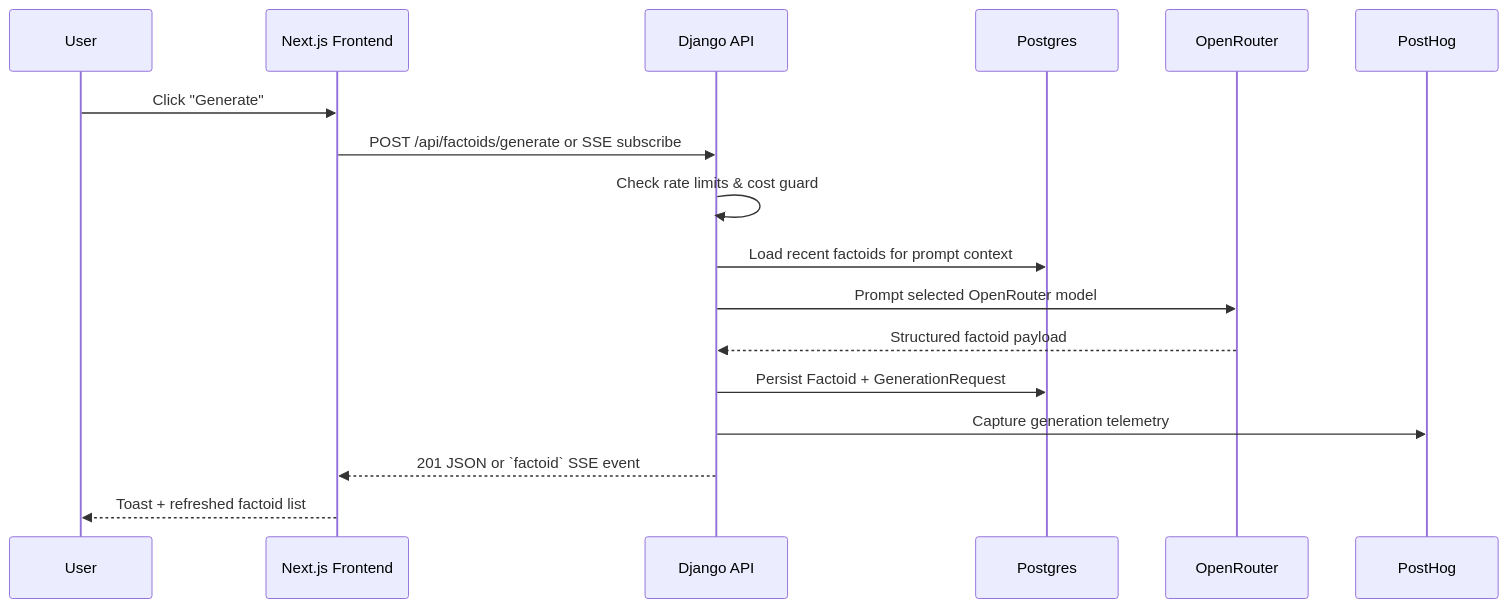
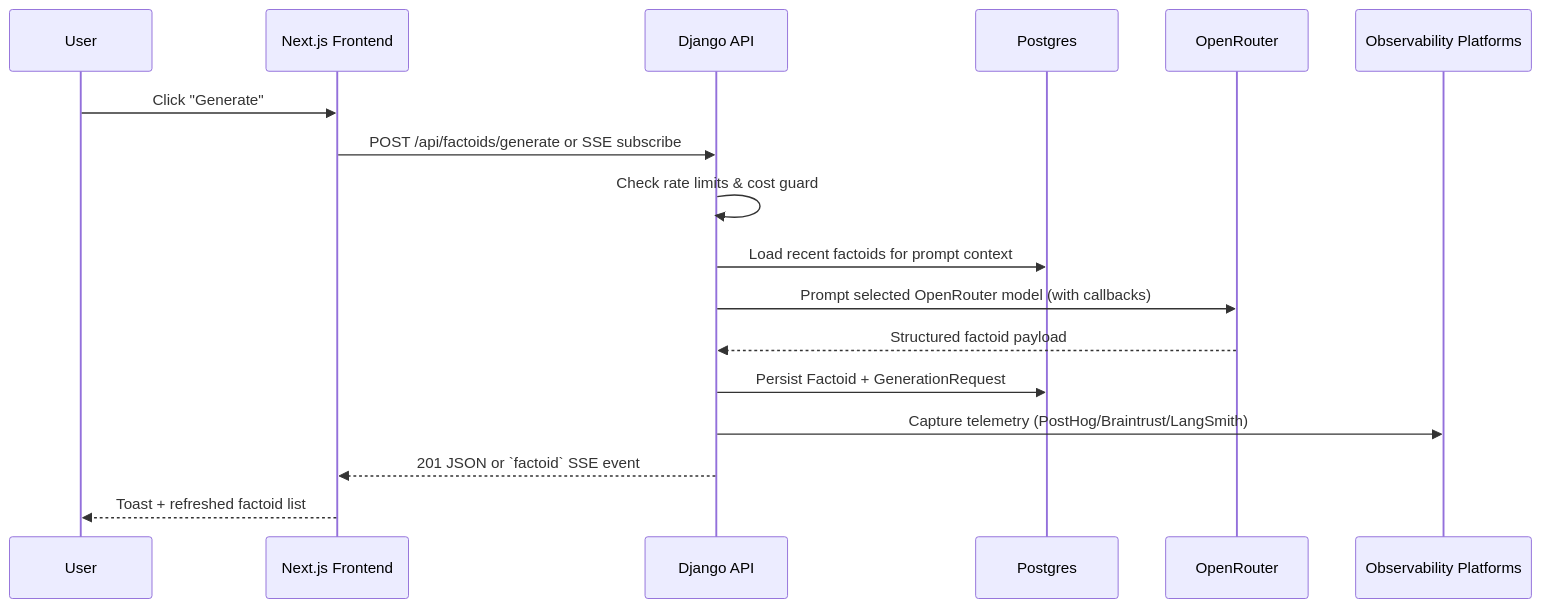
Before and after one commit to andrewm4894/andys-daily-factoids: the second of 2 diagrams in ARCHITECTURE.md, drawn with Mermaid. The commit also changed other lines of this file and 2 other files, not shown here.

````diff
--- a/ARCHITECTURE.md
+++ b/ARCHITECTURE.md
@@ -130,20 +144,20 @@
 ```mermaid
 sequenceDiagram
     participant User
     participant UI as Next.js Frontend
     participant API as Django API
     participant DB as Postgres
     participant OR as OpenRouter
-    participant PH as PostHog
+    participant OBS as Observability Platforms
 
     User->>UI: Click "Generate"
     UI->>API: POST /api/factoids/generate or SSE subscribe
     API->>API: Check rate limits & cost guard
     API->>DB: Load recent factoids for prompt context
-    API->>OR: Prompt selected OpenRouter model
+    API->>OR: Prompt selected OpenRouter model (with callbacks)
     OR-->>API: Structured factoid payload
     API->>DB: Persist Factoid + GenerationRequest
-    API->>PH: Capture generation telemetry
+    API->>OBS: Capture telemetry (PostHog/Braintrust/LangSmith)
     API-->>UI: 201 JSON or `factoid` SSE event
     UI-->>User: Toast + refreshed factoid list
 ```
````
